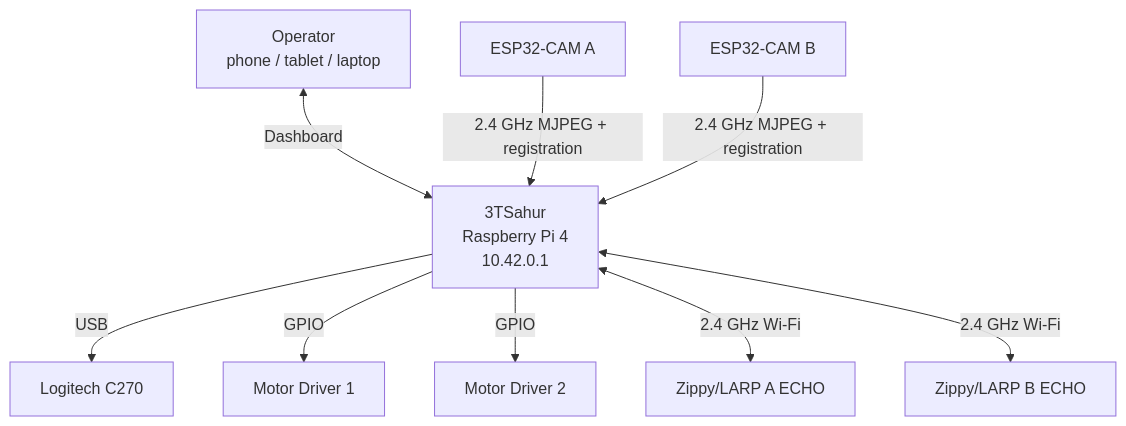
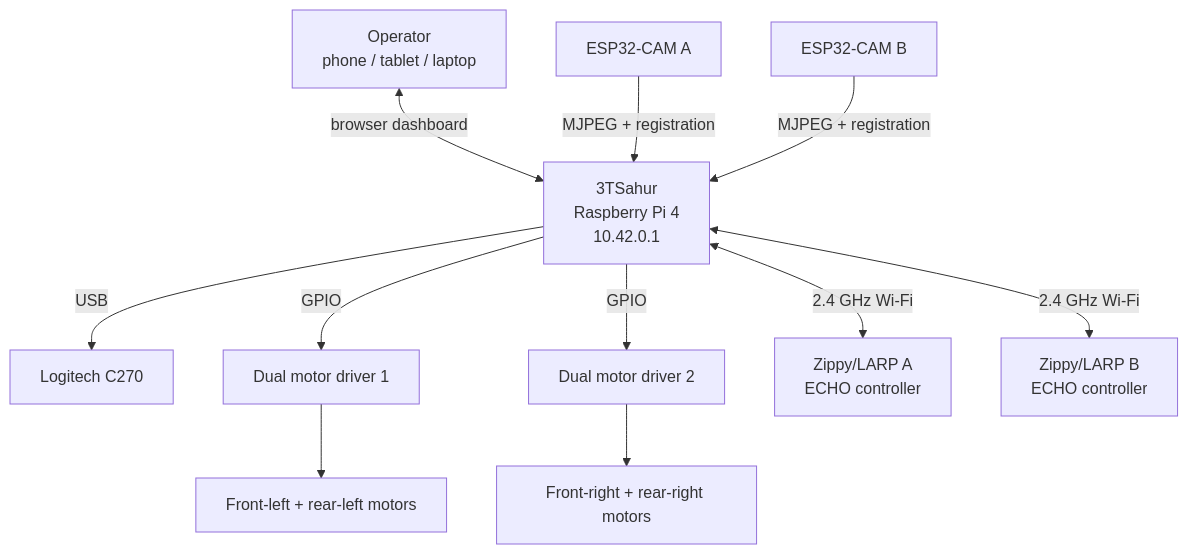
One commit to william-thompsonthe1st/STEM-Research-Academy changed the fourth of 9 diagrams in README.md. Above: the diagram before and after it, drawn with Mermaid. The commit also changed other lines of this file, not shown here.

````diff
--- a/README.md
+++ b/README.md
@@ -119,11 +172,13 @@
 ```mermaid
 flowchart TB
-    USER["Operator\nphone / tablet / laptop"] <-->|"Dashboard"| PI["3TSahur\nRaspberry Pi 4\n10.42.0.1"]
+    USER["Operator\nphone / tablet / laptop"] <-->|"browser dashboard"| PI["3TSahur\nRaspberry Pi 4\n10.42.0.1"]
     PI -->|"USB"| C270["Logitech C270"]
-    PI -->|"GPIO"| D1["Motor Driver 1"]
-    PI -->|"GPIO"| D2["Motor Driver 2"]
-    PI <-->|"2.4 GHz Wi-Fi"| ZA["Zippy/LARP A ECHO"]
-    PI <-->|"2.4 GHz Wi-Fi"| ZB["Zippy/LARP B ECHO"]
-    CA["ESP32-CAM A"] -->|"2.4 GHz MJPEG + registration"| PI
-    CB["ESP32-CAM B"] -->|"2.4 GHz MJPEG + registration"| PI
+    PI -->|"GPIO"| D1["Dual motor driver 1"]
+    PI -->|"GPIO"| D2["Dual motor driver 2"]
+    D1 --> ML["Front-left + rear-left motors"]
+    D2 --> MR["Front-right + rear-right motors"]
+    PI <-->|"2.4 GHz Wi-Fi"| ZA["Zippy/LARP A\nECHO controller"]
+    PI <-->|"2.4 GHz Wi-Fi"| ZB["Zippy/LARP B\nECHO controller"]
+    CA["ESP32-CAM A"] -->|"MJPEG + registration"| PI
+    CB["ESP32-CAM B"] -->|"MJPEG + registration"| PI
 ```
````
